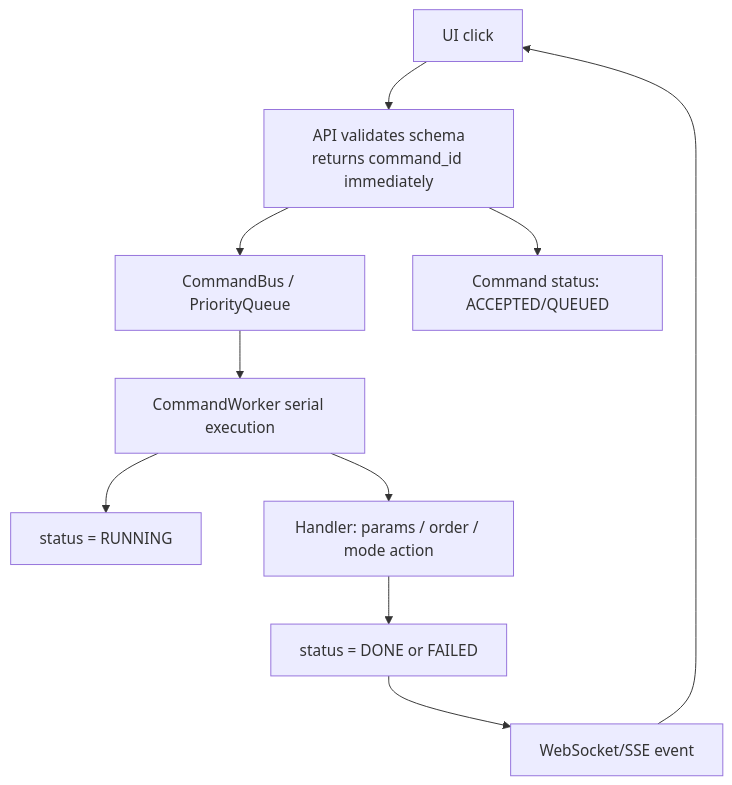
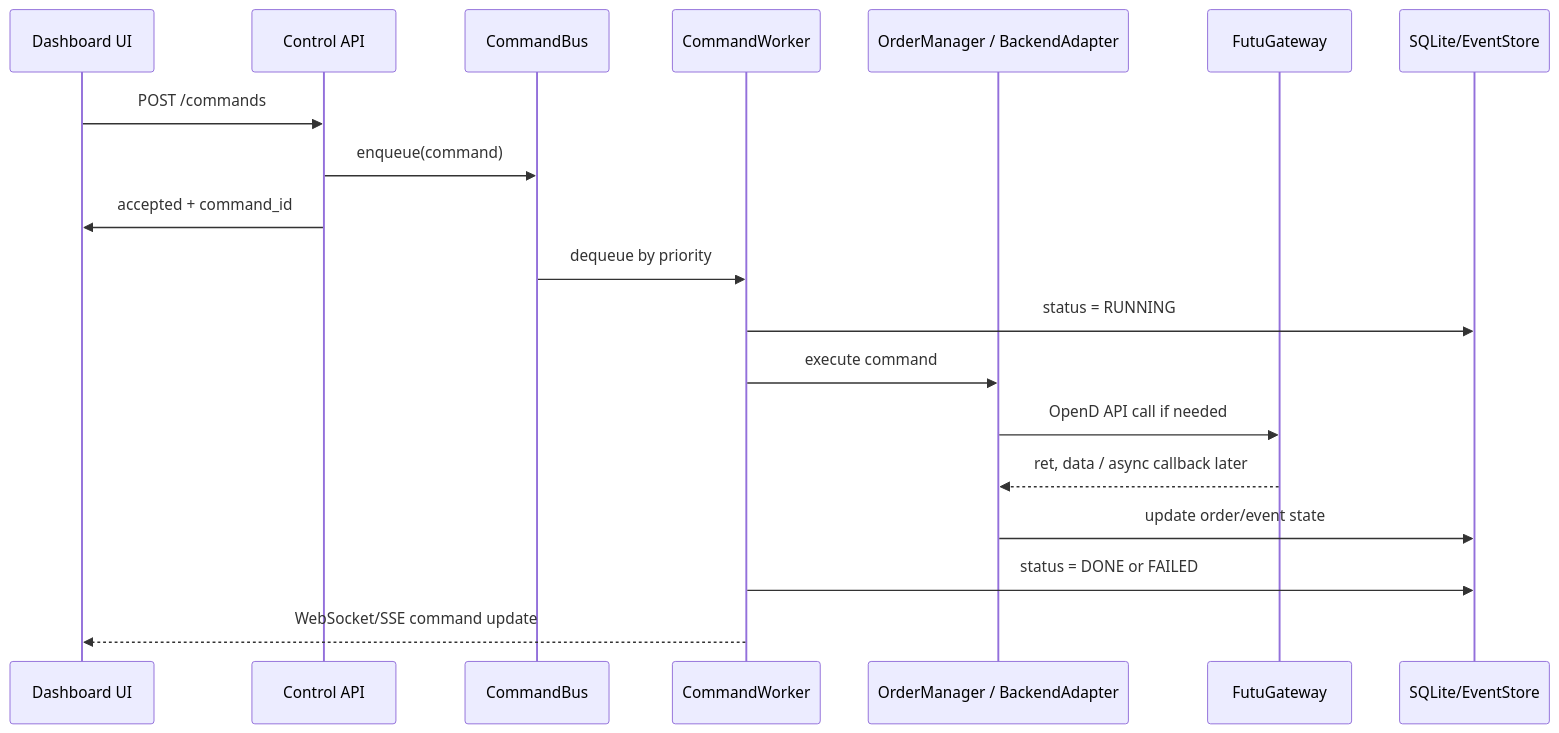
The second of 3 diagrams in OpenD_Control_Execution_Refactor_Requirements.md (Jerry241410/trade_pre), drawn with Mermaid before and after one commit. The commit also changed other lines of this file, not shown here.

````diff
--- a/OpenD_Control_Execution_Refactor_Requirements.md
+++ b/OpenD_Control_Execution_Refactor_Requirements.md
@@ -111,13 +96,22 @@
 ```mermaid
-flowchart TD
-    UI["UI click"] --> API["API validates schema
-returns command_id immediately"]
-    API --> Queue["CommandBus / PriorityQueue"]
-    API --> Status["Command status: ACCEPTED/QUEUED"]
-    Queue --> Worker["CommandWorker serial execution"]
-    Worker --> Running["status = RUNNING"]
-    Worker --> Handler["Handler: params / order / mode action"]
-    Handler --> Done["status = DONE or FAILED"]
-    Done --> Event["WebSocket/SSE event"]
-    Event --> UI
+sequenceDiagram
+    participant UI as Dashboard UI
+    participant API as Control API
+    participant BUS as CommandBus
+    participant Worker as CommandWorker
+    participant OM as OrderManager / BackendAdapter
+    participant GW as FutuGateway
+    participant DB as SQLite/EventStore
+
+    UI->>API: POST /commands
+    API->>BUS: enqueue(command)
+    API->>UI: accepted + command_id
+    BUS->>Worker: dequeue by priority
+    Worker->>DB: status = RUNNING
+    Worker->>OM: execute command
+    OM->>GW: OpenD API call if needed
+    GW-->>OM: ret, data / async callback later
+    OM->>DB: update order/event state
+    Worker->>DB: status = DONE or FAILED
+    Worker-->>UI: WebSocket/SSE command update
 ```
````
